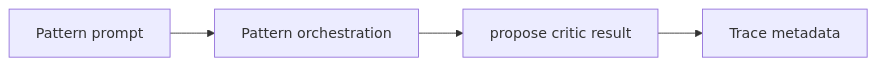
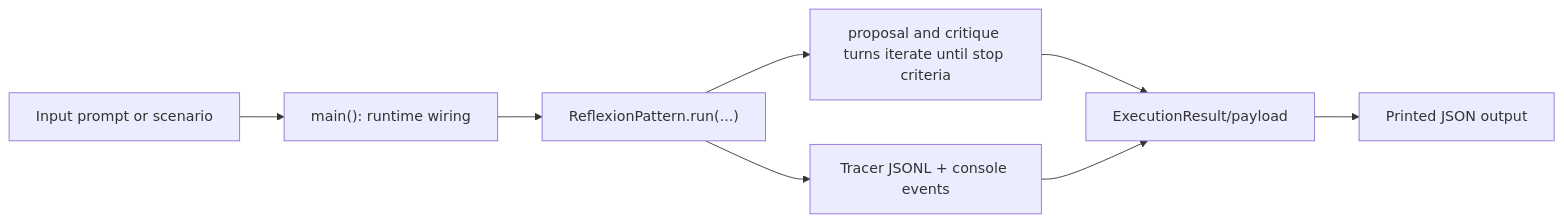
The diagram in docs/examples/patterns/propose_critic.rst (cmudrc/design-research-agents), drawn with Mermaid before and after one commit. The commit also changed other lines of this file and 83 other files, not shown here.

```diff
--- a/docs/examples/patterns/propose_critic.rst
+++ b/docs/examples/patterns/propose_critic.rst
@@ -21,6 +21,10 @@
 .. mermaid::
 
    flowchart LR
-       A["Pattern prompt"] --> B["Pattern orchestration"]
-       B --> C["propose critic result"]
-       C --> D["Trace metadata"]
+       A["Input prompt or scenario"] --> B["main(): runtime wiring"]
+       B --> C["ReflexionPattern.run(...)"]
+       C --> D["proposal and critique turns iterate until stop criteria"]
+       C --> E["Tracer JSONL + console events"]
+       D --> F["ExecutionResult/payload"]
+       E --> F
+       F --> G["Printed JSON output"]
```
